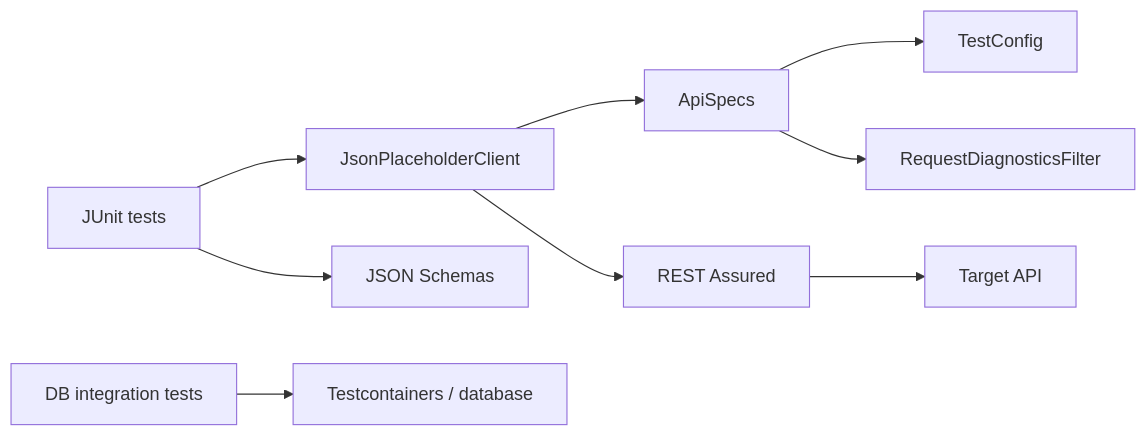
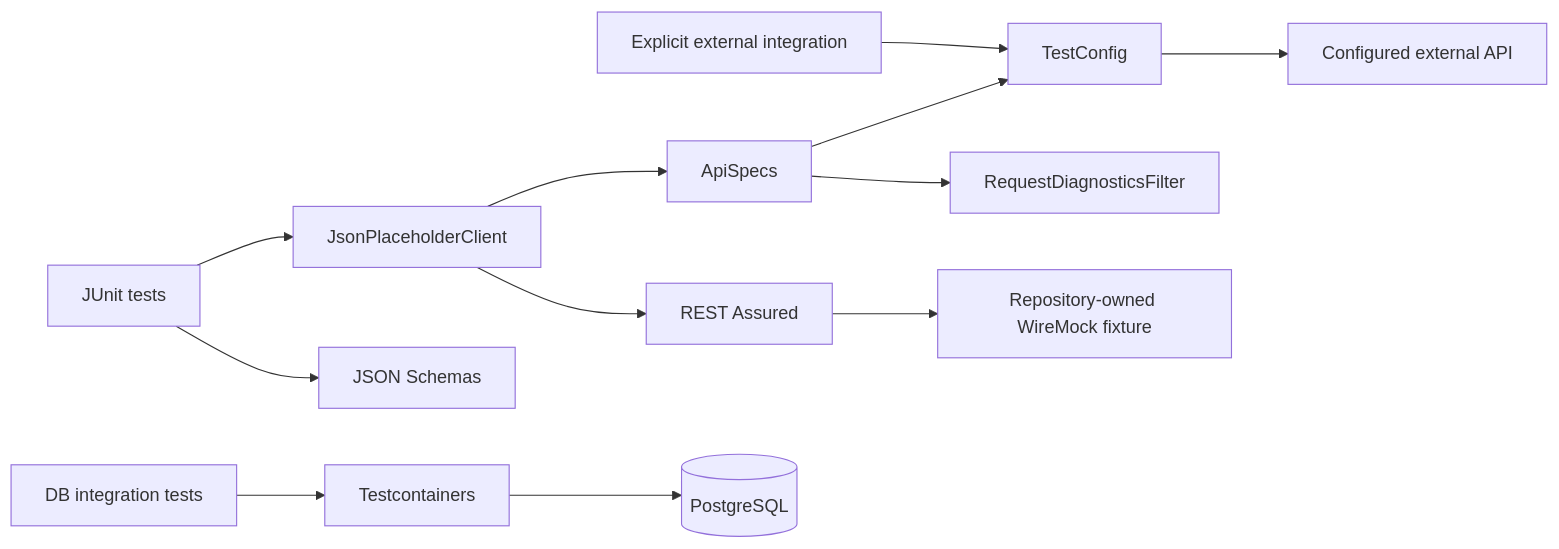
One commit to portyu9/qa-automation-java-restassured changed the diagram in docs/ARCHITECTURE.md. Above: the diagram before and after it, drawn with Mermaid. The commit also changed other lines of this file and 10 other files, not shown here.

First line of the commit message:
Make REST Assured CI deterministic with WireMock (#17)

````diff
--- a/docs/ARCHITECTURE.md
+++ b/docs/ARCHITECTURE.md
@@ -7,11 +7,14 @@
 ```mermaid
 flowchart LR
     T[JUnit tests] --> C[JsonPlaceholderClient]
     C --> SPEC[ApiSpecs]
     SPEC --> CFG[TestConfig]
     SPEC --> F[RequestDiagnosticsFilter]
     C --> RA[REST Assured]
-    RA --> API[Target API]
+    RA --> WM[Repository-owned WireMock fixture]
+    EXT[Explicit external integration] --> CFG
+    CFG --> API[Configured external API]
     T --> S[JSON Schemas]
-    DB[DB integration tests] --> TC[Testcontainers / database]
+    DB[DB integration tests] --> TC[Testcontainers]
+    TC --> PG[(PostgreSQL)]
 ```
````
